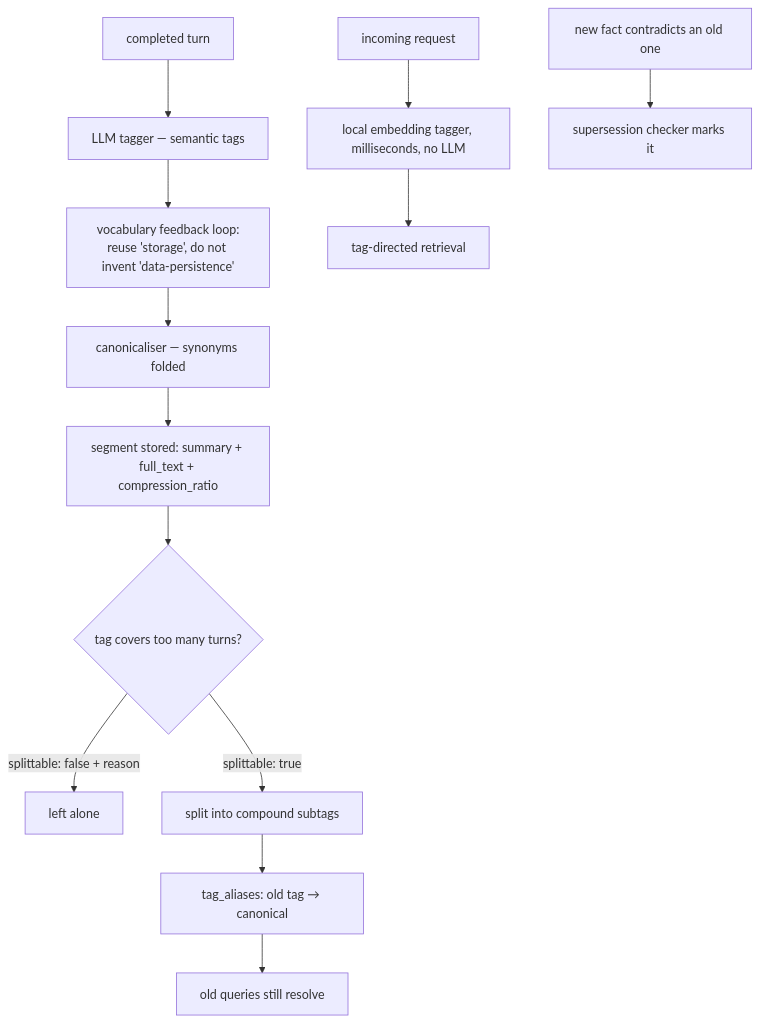
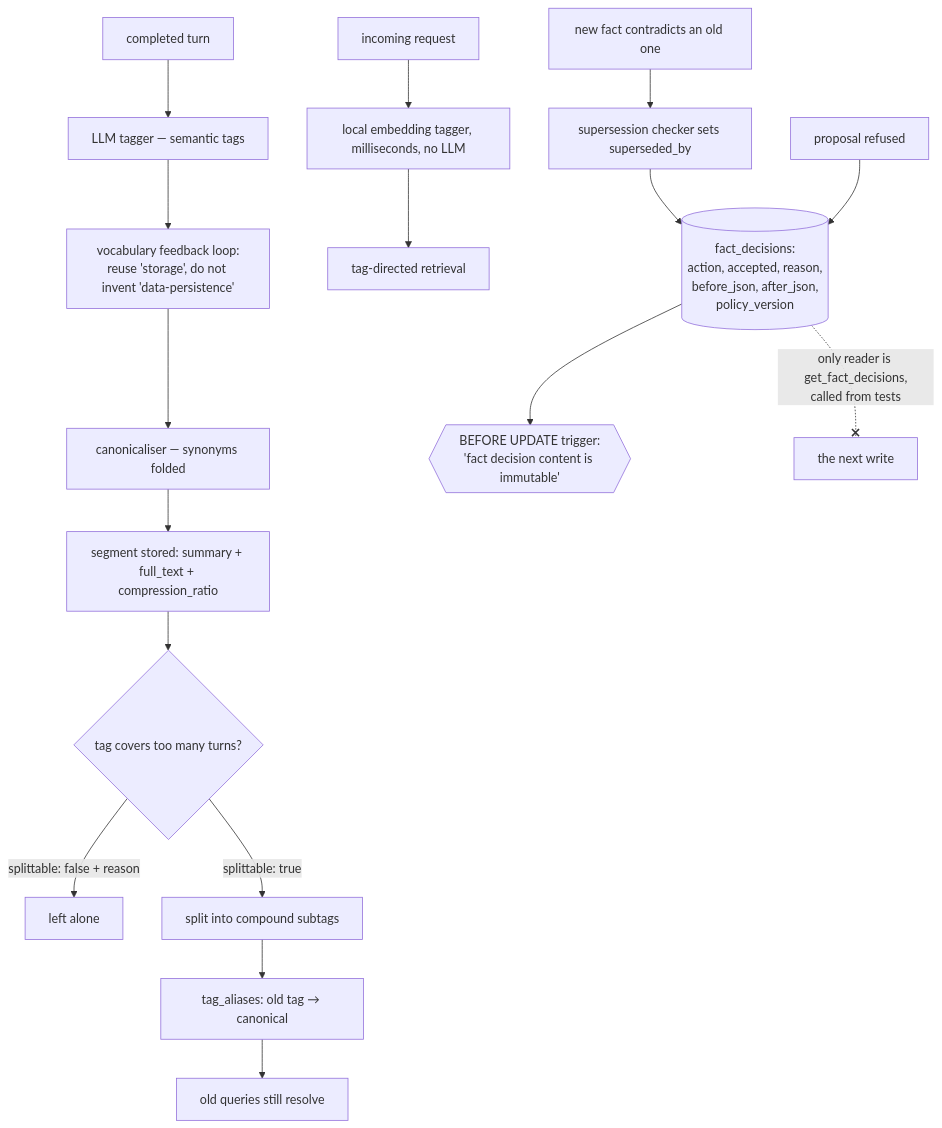
Before and after one commit to neoneye/agent-memory-atlas: the diagram in content/systems/virtual-context.md, drawn with Mermaid. The commit also changed other lines of this file and 18 other files, not shown here.

````diff
--- a/content/systems/virtual-context.md
+++ b/content/systems/virtual-context.md
@@ -88,16 +122,20 @@
 ```mermaid
-%% caption: the tagger is fed the existing vocabulary so it reuses tags rather than inventing synonyms, and a split writes aliases so old queries still resolve
+%% caption: the tagger is fed the existing vocabulary so it reuses tags rather than inventing synonyms, a split writes aliases so old queries still resolve, and every accept or reject of a fact lands in a decision ledger a database trigger will not let anyone edit — and nothing reads back before the next write
 flowchart TD
     T["completed turn"] --> LT["LLM tagger — semantic tags"]
     LT --> VF["vocabulary feedback loop:<br/>reuse 'storage', do not invent 'data-persistence'"]
     VF --> CAN["canonicaliser — synonyms folded"]
     CAN --> SEG["segment stored: summary + full_text + compression_ratio"]
     SEG --> BROAD{"tag covers too many turns?"}
     BROAD -->|"splittable: false + reason"| KEEP["left alone"]
     BROAD -->|"splittable: true"| SPL["split into compound subtags"]
     SPL --> AL["tag_aliases: old tag → canonical"]
     AL --> CONT["old queries still resolve"]
     Q["incoming request"] --> ET["local embedding tagger, milliseconds, no LLM"]
     ET --> R["tag-directed retrieval"]
-    F["new fact contradicts an old one"] --> SS["supersession checker marks it"]
+    F["new fact contradicts an old one"] --> SS["supersession checker sets superseded_by"]
+    SS --> DEC[("fact_decisions:<br/>action, accepted, reason,<br/>before_json, after_json,<br/>policy_version")]
+    REJ["proposal refused"] --> DEC
+    DEC --> TRG{{"BEFORE UPDATE trigger:<br/>'fact decision content is immutable'"}}
+    DEC -. "only reader is get_fact_decisions,<br/>called from tests" .-x NEXT["the next write"]
 ```
````
